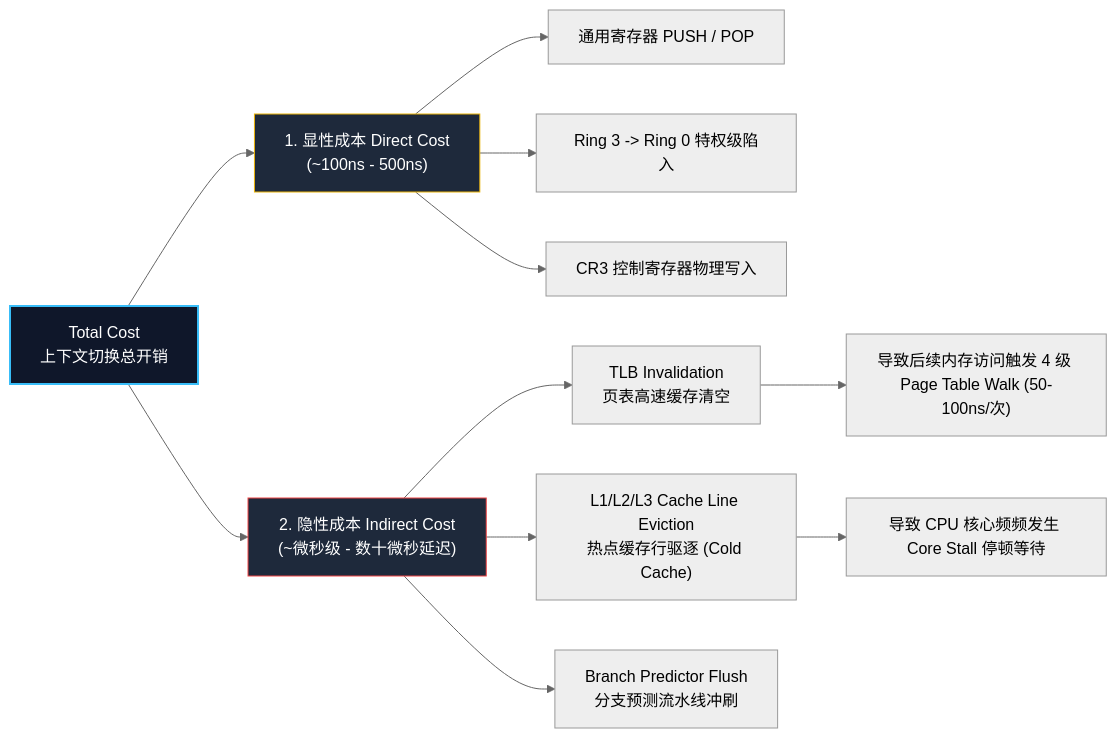
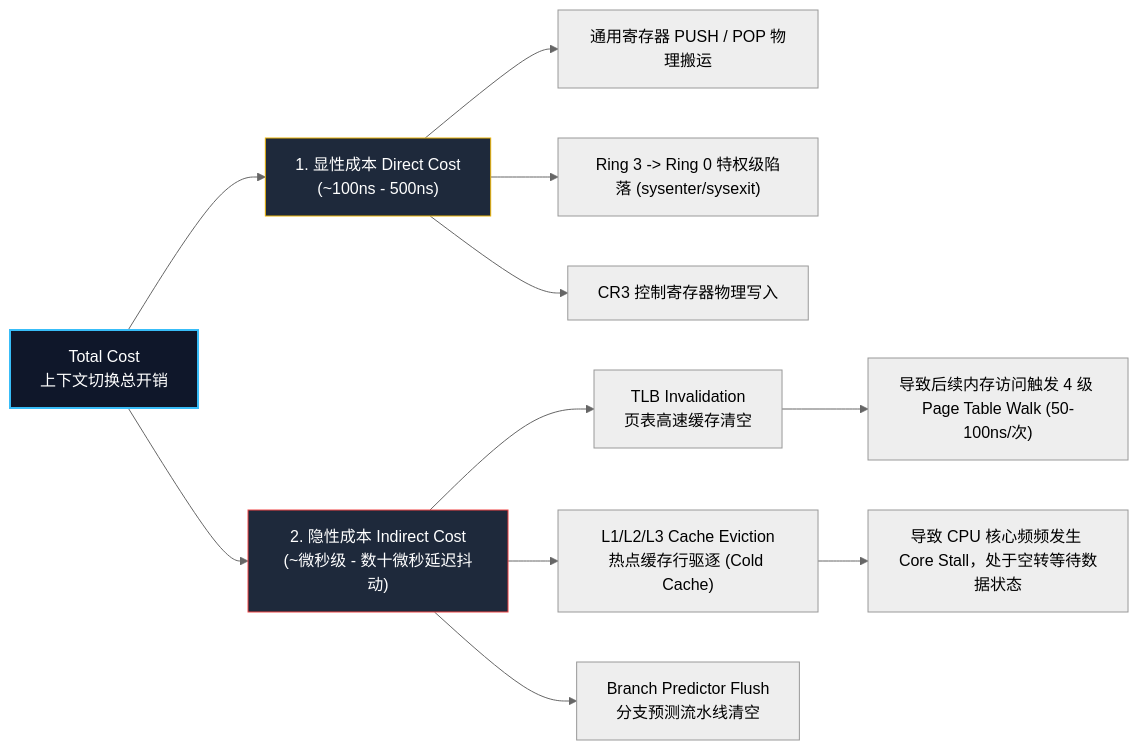
One commit to MoreConsequence/MoreConsequence.github.io changed the seventh of 8 diagrams in content/posts/understanding-context-switching-from-cpu-to-goroutines.md. Above: the diagram before and after it, drawn with Mermaid (neutral theme). The commit also changed other lines of this file and 1 other file, not shown here.

Commit message:
docs(blog): 补全上下文切换深度长文推导、原理文字解析与文章图片 CSS 居中限宽样式

````diff
--- a/content/posts/understanding-context-switching-from-cpu-to-goroutines.md
+++ b/content/posts/understanding-context-switching-from-cpu-to-goroutines.md
@@ -268,20 +339,20 @@
 ```mermaid
 graph LR
     Total["Total Cost<br/>上下文切换总开销"] --> Direct["1. 显性成本 Direct Cost<br/>(~100ns - 500ns)"]
-    Total --> Indirect["2. 隐性成本 Indirect Cost<br/>(~微秒级 - 数十微秒延迟)"]
+    Total --> Indirect["2. 隐性成本 Indirect Cost<br/>(~微秒级 - 数十微秒延迟抖动)"]
 
-    Direct --> D1["通用寄存器 PUSH / POP"]
-    Direct --> D2["Ring 3 -> Ring 0 特权级陷入"]
+    Direct --> D1["通用寄存器 PUSH / POP 物理搬运"]
+    Direct --> D2["Ring 3 -> Ring 0 特权级陷落 (sysenter/sysexit)"]
     Direct --> D3["CR3 控制寄存器物理写入"]
 
     Indirect --> I1["TLB Invalidation<br/>页表高速缓存清空"]
-    Indirect --> I2["L1/L2/L3 Cache Line Eviction<br/>热点缓存行驱逐 (Cold Cache)"]
-    Indirect --> I3["Branch Predictor Flush<br/>分支预测流水线冲刷"]
+    Indirect --> I2["L1/L2/L3 Cache Eviction<br/>热点缓存行驱逐 (Cold Cache)"]
+    Indirect --> I3["Branch Predictor Flush<br/>分支预测流水线清空"]
 
     I1 --> P1["导致后续内存访问触发 4 级 Page Table Walk (50-100ns/次)"]
-    I2 --> P2["导致 CPU 核心频频发生 Core Stall 停顿等待"]
+    I2 --> P2["导致 CPU 核心频频发生 Core Stall，处于空转等待数据状态"]
 
     style Total fill:#0f172a,stroke:#38bdf8,stroke-width:2px,color:#fff
     style Direct fill:#1e293b,stroke:#eab308,color:#fff
     style Indirect fill:#1e293b,stroke:#ef4444,color:#fff
 ```
````
